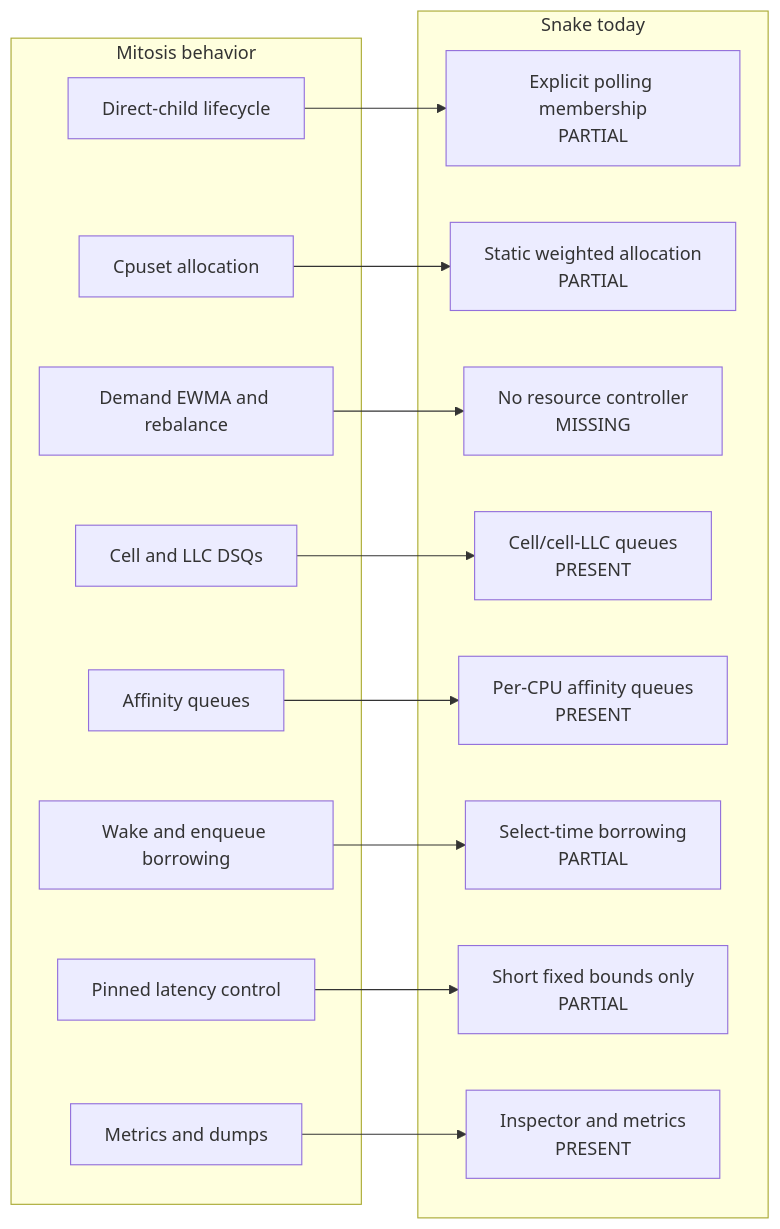
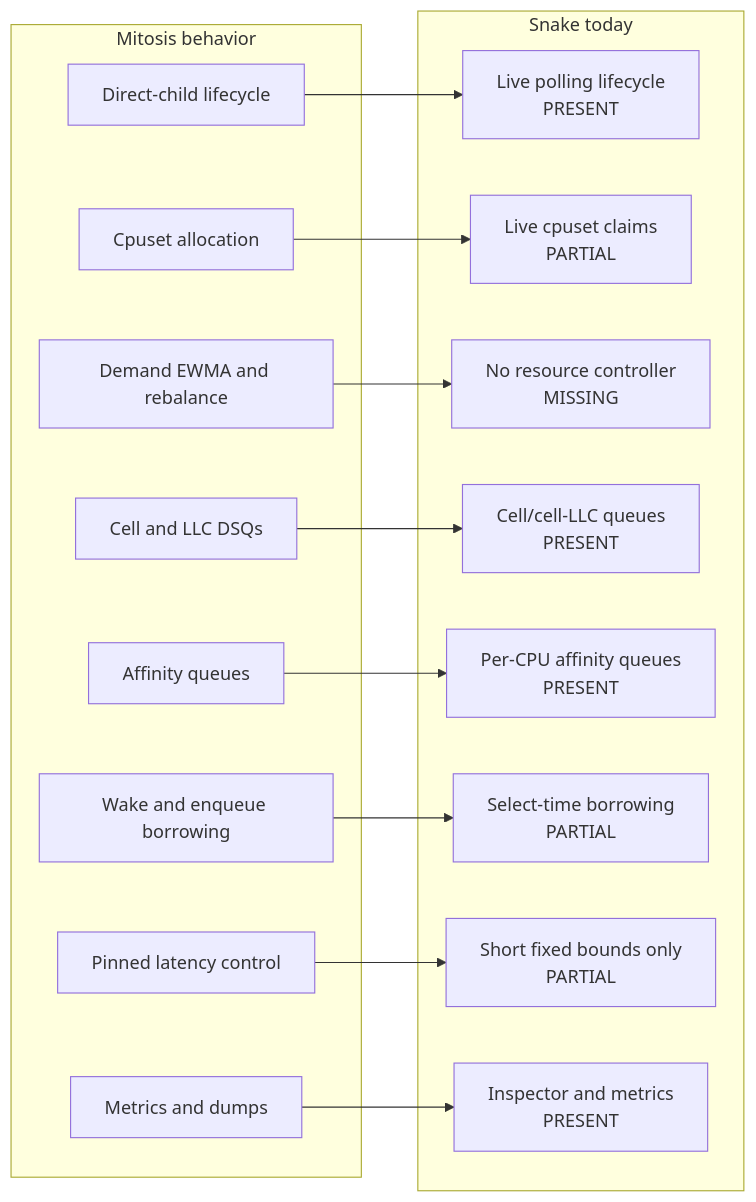
The first of 3 diagrams in docs/snake-review/mitosis-compatibility.md (tommy-u/scx), drawn with Mermaid before and after one commit. The commit also changed other lines of this file and 26 other files, not shown here.

````diff
--- a/docs/snake-review/mitosis-compatibility.md
+++ b/docs/snake-review/mitosis-compatibility.md
@@ -89,33 +90,33 @@
 ```mermaid
 flowchart LR
     subgraph M[Mitosis behavior]
         C[Direct-child lifecycle]
         P[Cpuset allocation]
         D[Demand EWMA and rebalance]
         Q[Cell and LLC DSQs]
         A[Affinity queues]
         B[Wake and enqueue borrowing]
         L[Pinned latency control]
         O[Metrics and dumps]
     end
 
     subgraph S[Snake today]
-        MP[Explicit polling membership<br/>PARTIAL]
-        SA[Static weighted allocation<br/>PARTIAL]
+        MP[Live polling lifecycle<br/>PRESENT]
+        SA[Live cpuset claims<br/>PARTIAL]
         NM[No resource controller<br/>MISSING]
         SQ[Cell/cell-LLC queues<br/>PRESENT]
         AQ[Per-CPU affinity queues<br/>PRESENT]
         SB[Select-time borrowing<br/>PARTIAL]
         SL[Short fixed bounds only<br/>PARTIAL]
         SO[Inspector and metrics<br/>PRESENT]
     end
 
     C --> MP
     P --> SA
     D --> NM
     Q --> SQ
     A --> AQ
     B --> SB
     L --> SL
     O --> SO
 ```
````
